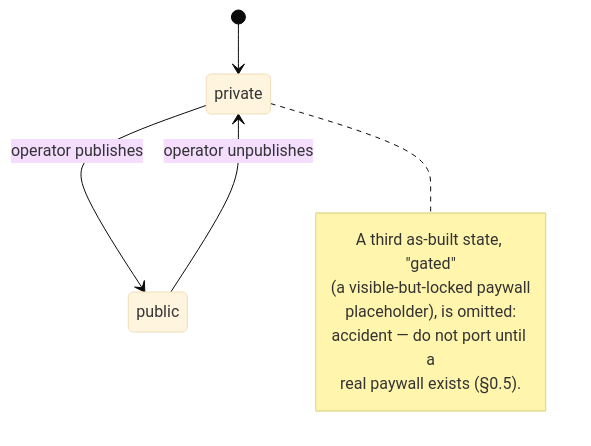
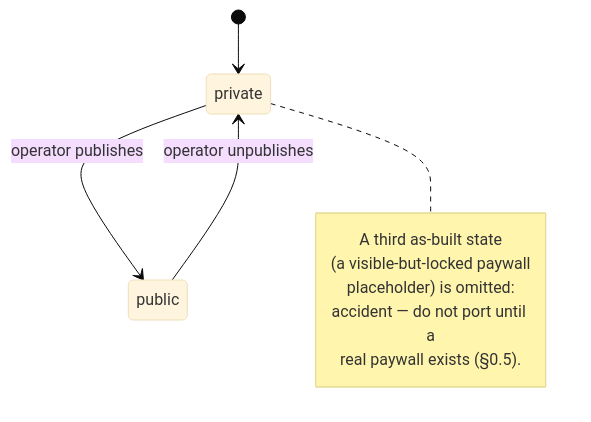
Before and after one commit to nofreewillJackson/ultraismydad: the fourth of 8 diagrams in docs/CLEANROOM_SPEC.md, drawn with Mermaid (base theme). The commit also changed other lines of this file and 12 other files, not shown here.

````diff
--- a/docs/CLEANROOM_SPEC.md
+++ b/docs/CLEANROOM_SPEC.md
@@ -265,13 +265,13 @@
 ```mermaid
 stateDiagram-v2
   [*] --> private
   private --> public : operator publishes
   public --> private : operator unpublishes
   note right of private
-    A third as-built state, "gated"
+    A third as-built state
     (a visible-but-locked paywall
-    placeholder), is omitted:
+    placeholder) is omitted:
     accident — do not port until a
     real paywall exists (§0.5).
   end note
 ```
````
